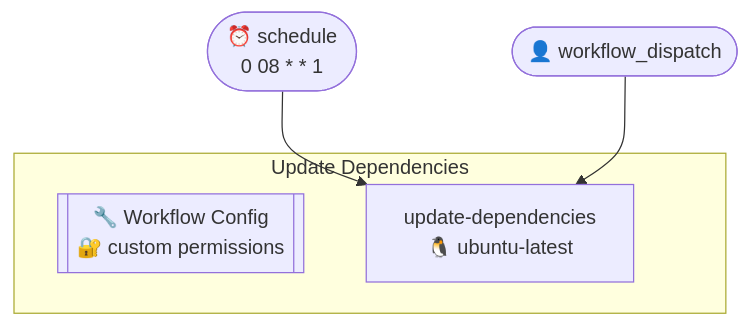
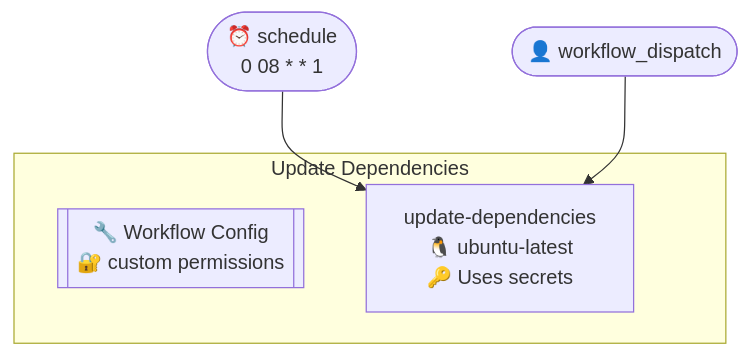
The first of 2 diagrams in .github/typeflows/update-dependencies/README.md (http4k/www), drawn with Mermaid before and after one commit. The commit also changed other lines of this file and 5 other files, not shown here.

````diff
--- a/.github/typeflows/update-dependencies/README.md
+++ b/.github/typeflows/update-dependencies/README.md
@@ -3,12 +3,12 @@
 ```mermaid
 %%{init: {"flowchart": {"curve": "basis"}}}%%
 flowchart TD
     schedule(["⏰ schedule<br/>0 08 * * 1"])
     workflowdispatch(["👤 workflow_dispatch"])
     subgraph updatedependenciesyml["Update Dependencies"]
         updatedependenciesyml_metadata[["🔧 Workflow Config<br/>🔐 custom permissions"]]
-        updatedependenciesyml_updatedependencies["update-dependencies<br/>🐧 ubuntu-latest"]
+        updatedependenciesyml_updatedependencies["update-dependencies<br/>🐧 ubuntu-latest<br/>🔑 Uses secrets"]
     end
     schedule --> updatedependenciesyml_updatedependencies
     workflowdispatch --> updatedependenciesyml_updatedependencies
 ```
````
